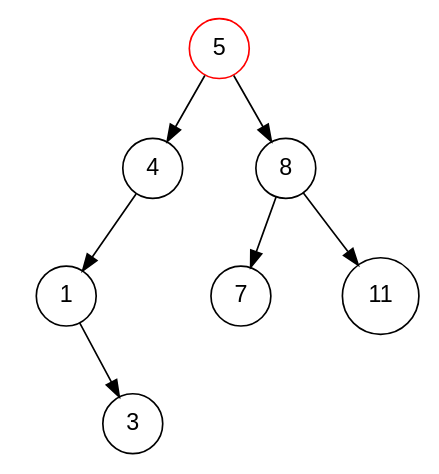
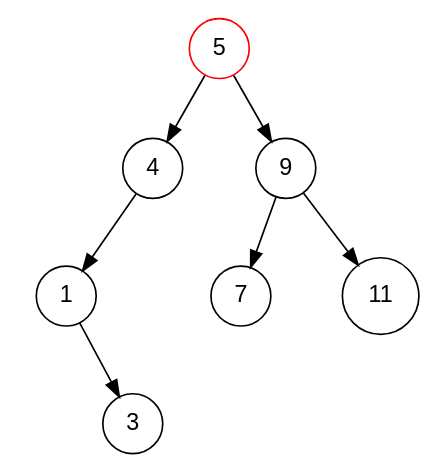
The diagram in slides/graphs/bst-11.dot (aaronbloomfield/pdr), drawn with Graphviz before and after one commit. The commit also changed 18 other files, not shown here.

```diff
--- a/slides/graphs/bst-11.dot
+++ b/slides/graphs/bst-11.dot
@@ -1,32 +1,32 @@
 digraph G {
 	graph [fontname = "Helvetica"];
 	node [fontname = "Helvetica",shape=circle];
 	edge [fontname = "Helvetica"];
 
 	5 [color=red];
 	5 -> 4;
 	null1 [label="", width=0.1, style=invis];
 	5 -> null1 [style=invis];
-	5 -> 8;
-	{rank=same 4 -> null1 -> 8 [style=invis]};
+	5 -> 9;
+	{rank=same 4 -> null1 -> 9 [style=invis]};
 	
 	4 -> 1;
 	null2 [label="", width=0.1, style=invis];
 	4 -> null2 [style=invis];
 	null3 [label="", width=0.1, style=invis];
 	4 -> null3 [style=invis];
 	{rank=same 1 -> null2 -> null3 [style=invis]};
 	
 	null4 [label="", width=0.1, style=invis];
 	1 -> null4 [style=invis];
 	null5 [label="", width=0.1, style=invis];
 	1 -> null5 [style=invis];
 	1 -> 3;
 	{rank=same null4 -> null5 -> 3 [style=invis]};
 
-	8 -> 7;
+	9 -> 7;
 	null6 [label="", width=0.1, style=invis];
-	8 -> null6 [style=invis];
-	8 -> 11;
+	9 -> null6 [style=invis];
+	9 -> 11;
 	{rank=same 7 -> null6 -> 11 [style=invis]};
 }
```
